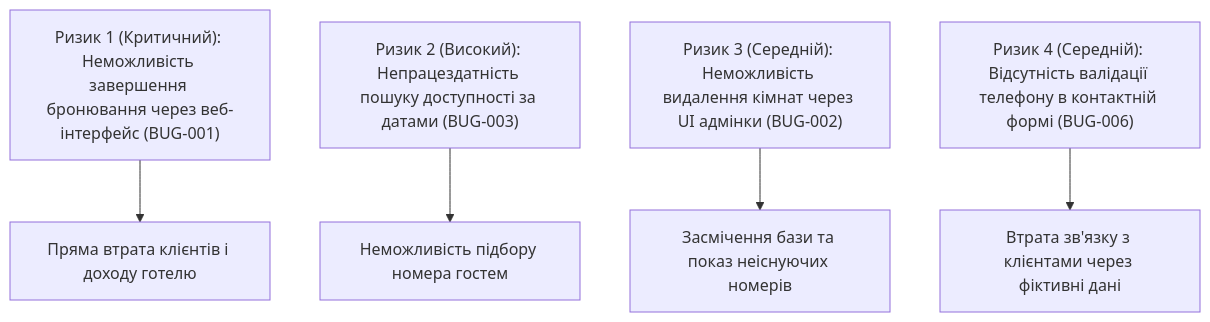
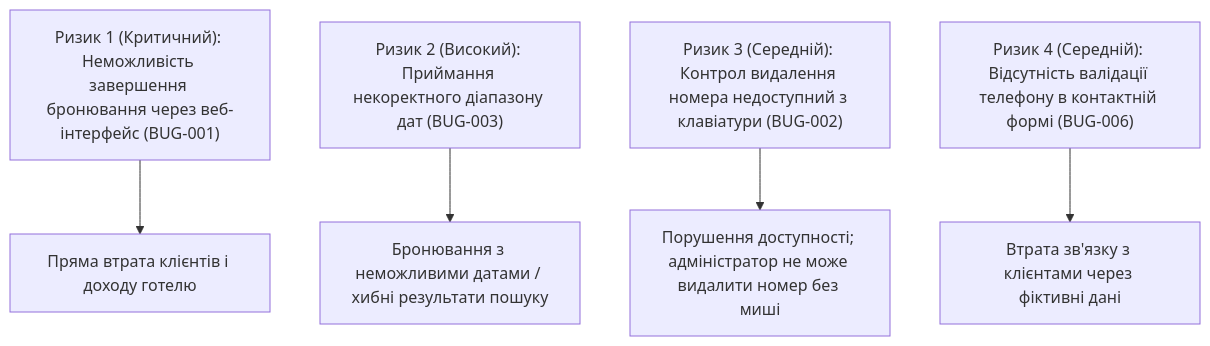
The fourth of 4 diagrams in docs/sprint3/test-summary-report.md (tiktakson/tzyaps1), drawn with Mermaid before and after one commit. The commit also changed other lines of this file and 8 other files, not shown here.

````diff
--- a/docs/sprint3/test-summary-report.md
+++ b/docs/sprint3/test-summary-report.md
@@ -299,7 +302,7 @@
 ```mermaid
 graph TD
     R1["Ризик 1 (Критичний): Неможливість завершення бронювання через веб-інтерфейс (BUG-001)"] --> Imp1["Пряма втрата клієнтів і доходу готелю"]
-    R2["Ризик 2 (Високий): Непрацездатність пошуку доступності за датами (BUG-003)"] --> Imp2["Неможливість підбору номера гостем"]
-    R3["Ризик 3 (Середній): Неможливість видалення кімнат через UI адмінки (BUG-002)"] --> Imp3["Засмічення бази та показ неіснуючих номерів"]
+    R2["Ризик 2 (Високий): Приймання некоректного діапазону дат (BUG-003)"] --> Imp2["Бронювання з неможливими датами / хибні результати пошуку"]
+    R3["Ризик 3 (Середній): Контрол видалення номера недоступний з клавіатури (BUG-002)"] --> Imp3["Порушення доступності; адміністратор не може видалити номер без миші"]
     R4["Ризик 4 (Середній): Відсутність валідації телефону в контактній формі (BUG-006)"] --> Imp4["Втрата зв'язку з клієнтами через фіктивні дані"]
 ```
````
